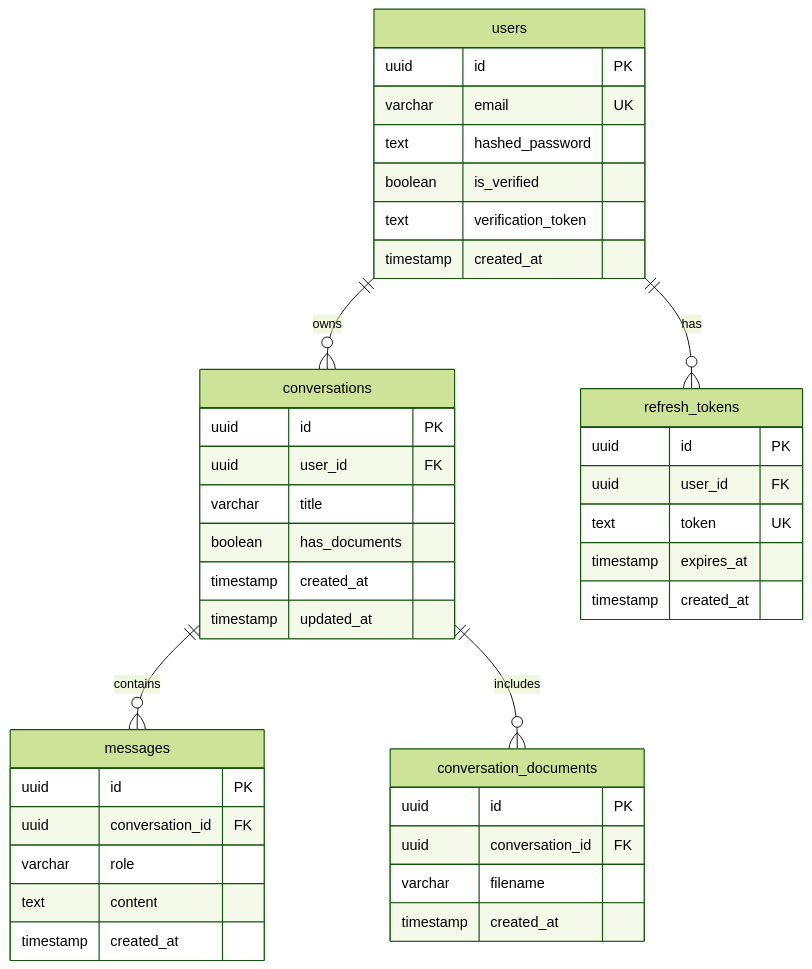
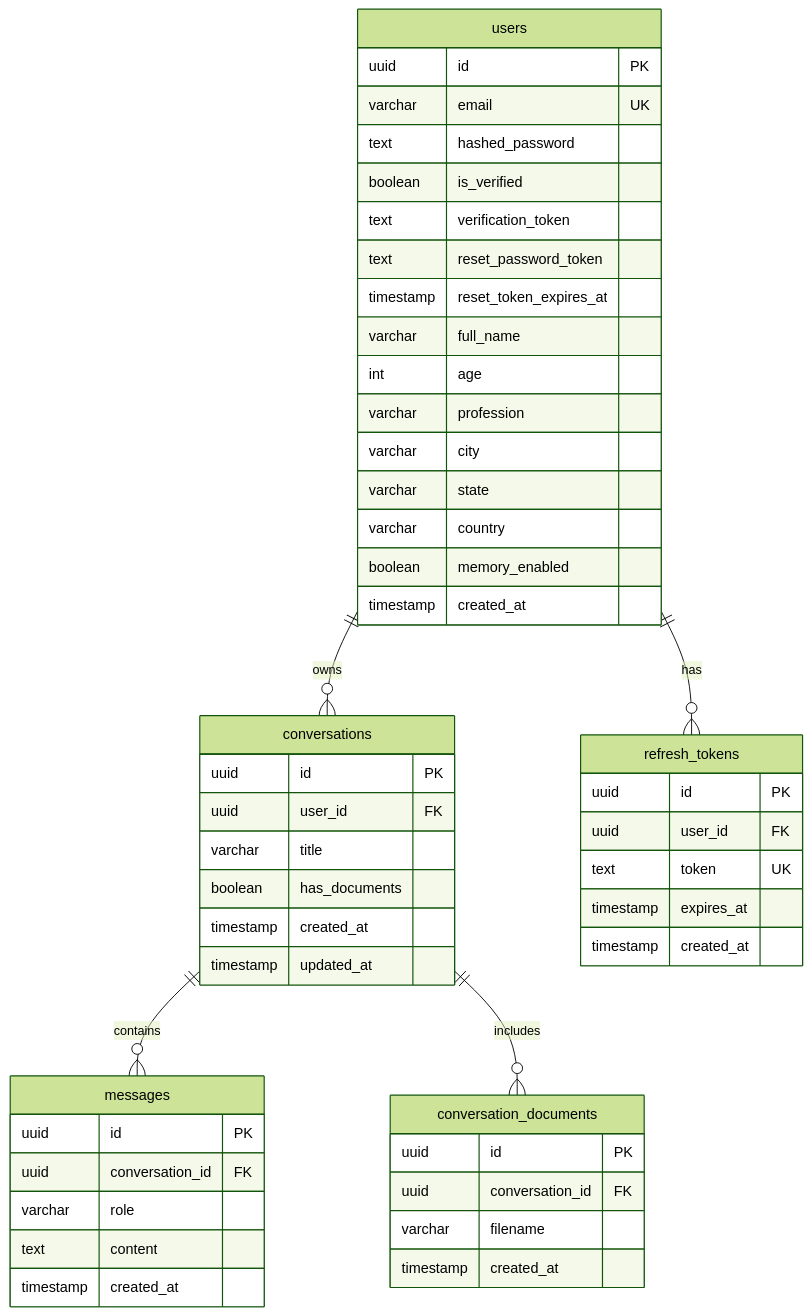
Before and after one commit to smt2208/praxis-ai: the second of 2 diagrams in README.md, drawn with Mermaid (forest theme). The commit also changed other lines of this file and 76 other files, not shown here.

First line of the commit message:
feat: migrate to async streaming architecture with LangGraph orchestration

````diff
--- a/README.md
+++ b/README.md
@@ -91,48 +266,57 @@
 ```mermaid
 erDiagram
     users ||--o{ conversations : owns
     users ||--o{ refresh_tokens : has
     conversations ||--o{ messages : contains
     conversations ||--o{ conversation_documents : includes
 
     users {
         uuid id PK
         varchar email UK
         text hashed_password
         boolean is_verified
         text verification_token
+        text reset_password_token
+        timestamp reset_token_expires_at
+        varchar full_name
+        int age
+        varchar profession
+        varchar city
+        varchar state
+        varchar country
+        boolean memory_enabled
         timestamp created_at
     }
 
     conversations {
         uuid id PK
         uuid user_id FK
         varchar title
         boolean has_documents
         timestamp created_at
         timestamp updated_at
     }
 
     messages {
         uuid id PK
         uuid conversation_id FK
         varchar role
         text content
         timestamp created_at
     }
 
     refresh_tokens {
         uuid id PK
         uuid user_id FK
         text token UK
         timestamp expires_at
         timestamp created_at
     }
 
     conversation_documents {
         uuid id PK
         uuid conversation_id FK
         varchar filename
         timestamp created_at
     }
 ```
````
